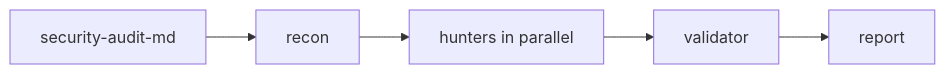
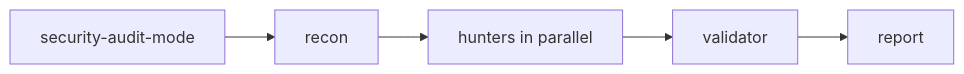
The diagram in docs/pbi/squad/ps18-security-pack.md (svennijhuis/agentPacks), drawn with Mermaid before and after one commit. The commit also changed other lines of this file and 27 other files, not shown here.

Commit message:
docs(pbi/squad): hubs renamed to poteto style -mode (squad-mode, pack-author-mode, pack-check-mode, statechart-mode, scenarios-mode, security-audit-mode); old -md dirs move with pointer until GA07; today paths keep main names

````diff
--- a/docs/pbi/squad/ps18-security-pack.md
+++ b/docs/pbi/squad/ps18-security-pack.md
@@ -83,4 +83,4 @@
 ```mermaid
 flowchart LR
-  A["security-audit-md"] --> R["recon"] --> H["hunters in parallel"] --> V["validator"] --> REP["report"]
+  A["security-audit-mode"] --> R["recon"] --> H["hunters in parallel"] --> V["validator"] --> REP["report"]
 ```
````
